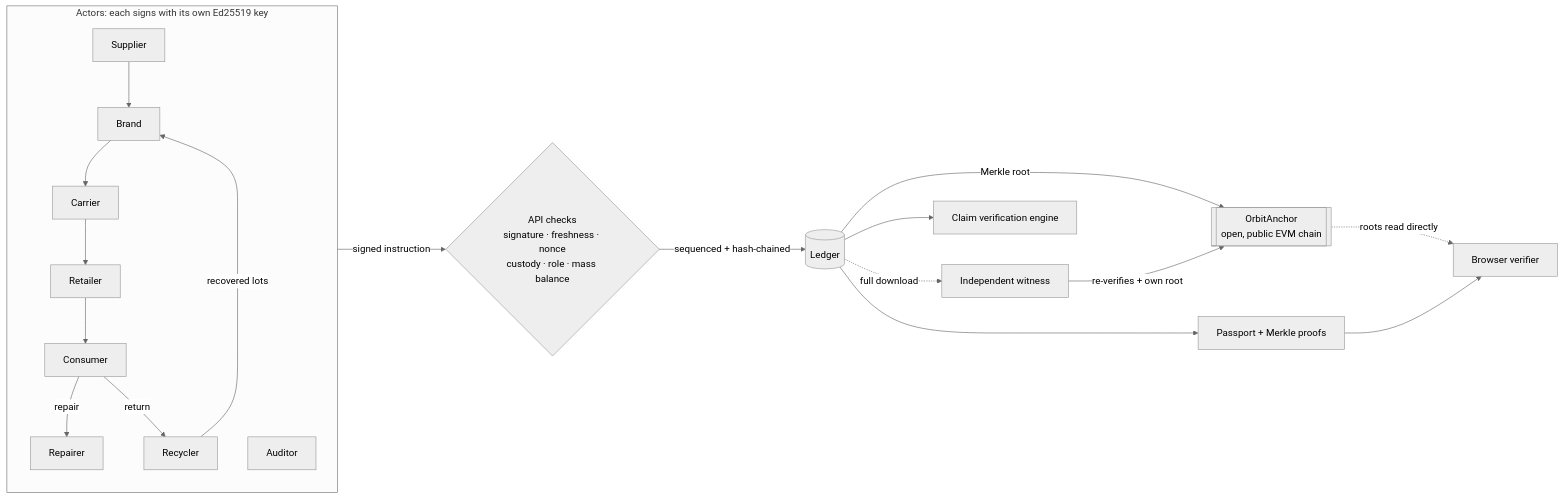
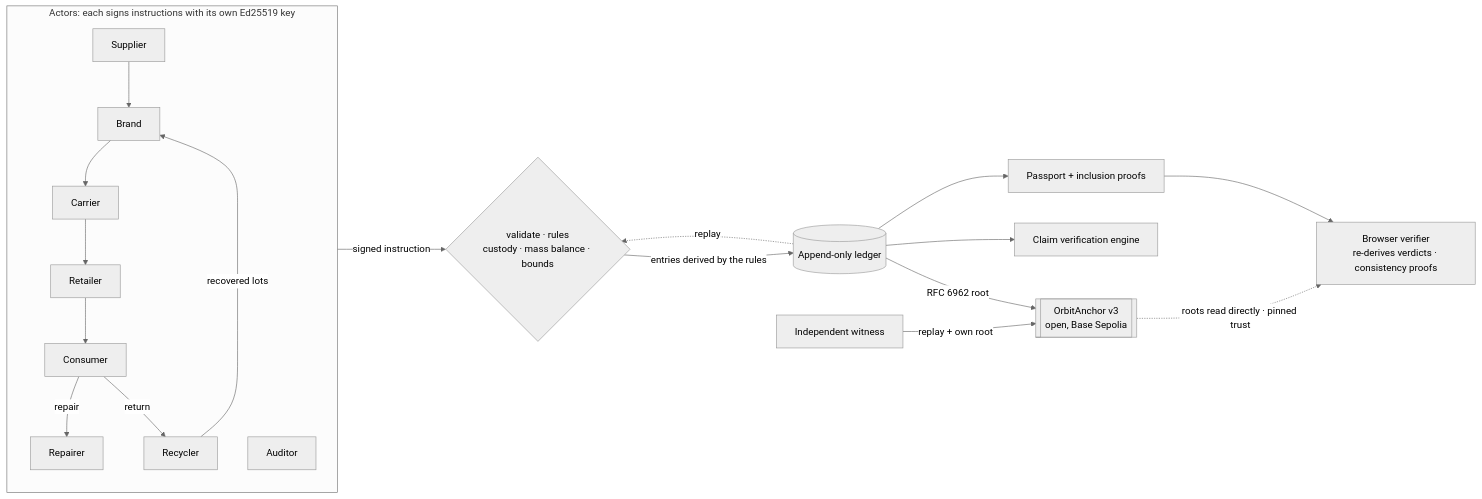
One commit to ayushagarwalhere/orbit changed the diagram in README.md. Above: the diagram before and after it, drawn with Mermaid (neutral theme). The commit also changed other lines of this file and 13 other files, not shown here.

First line of the commit message:
Docs for the new architecture; return reward naming; incremental witness download

````diff
--- a/README.md
+++ b/README.md
@@ -66,19 +75,19 @@
 ```mermaid
 flowchart LR
-  subgraph Actors["Actors: each signs with its own Ed25519 key"]
+  subgraph Actors["Actors: each signs instructions with its own Ed25519 key"]
     S[Supplier] --> M[Brand] --> L[Carrier] --> R[Retailer] --> C[Consumer]
     C -- repair --> F[Repairer]
     C -- return --> Y[Recycler]
     A[Auditor]
   end
-  Actors -- signed instruction --> V{API checks<br/>signature · freshness · nonce<br/>custody · role · mass balance}
-  V -- sequenced + hash-chained --> LG[(Ledger)]
-  LG -- Merkle root --> CH[[OrbitAnchor<br/>open, public EVM chain]]
-  W[Independent witness] -- re-verifies + own root --> CH
-  LG -. full download .-> W
+  Actors -- signed instruction --> V{validate · rules<br/>custody · mass balance · bounds}
+  V -- entries derived by the rules --> LG[(Append-only ledger)]
+  LG -. replay .-> V
+  LG -- RFC 6962 root --> CH[[OrbitAnchor v3<br/>open, Base Sepolia]]
+  W[Independent witness] -- replay + own root --> CH
   Y -- recovered lots --> M
   LG --> E[Claim verification engine]
-  LG --> P[Passport + Merkle proofs]
-  CH -. roots read directly .-> B[Browser verifier]
+  LG --> P[Passport + inclusion proofs]
+  CH -. roots read directly · pinned trust .-> B[Browser verifier<br/>re-derives verdicts · consistency proofs]
   P --> B
 ```
````
